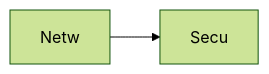
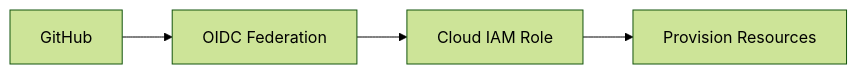
One commit to Devopstrio/terraform-modules changed the tenth of 10 diagrams in README.md. Above: the diagram before and after it, drawn with Mermaid (forest theme). The commit also changed other lines of this file, not shown here.

Commit message:
docs: implement 10+ professional architecture diagrams for atomic iac modules

````diff
--- a/README.md
+++ b/README.md
@@ -139,4 +224,6 @@
 ```mermaid
 graph LR
-    N[Netw] --> S[Secu]
+    GH[GitHub] --> OIDC[OIDC Federation]
+    OIDC --> Role[Cloud IAM Role]
+    Role --> Action[Provision Resources]
 ```
````
